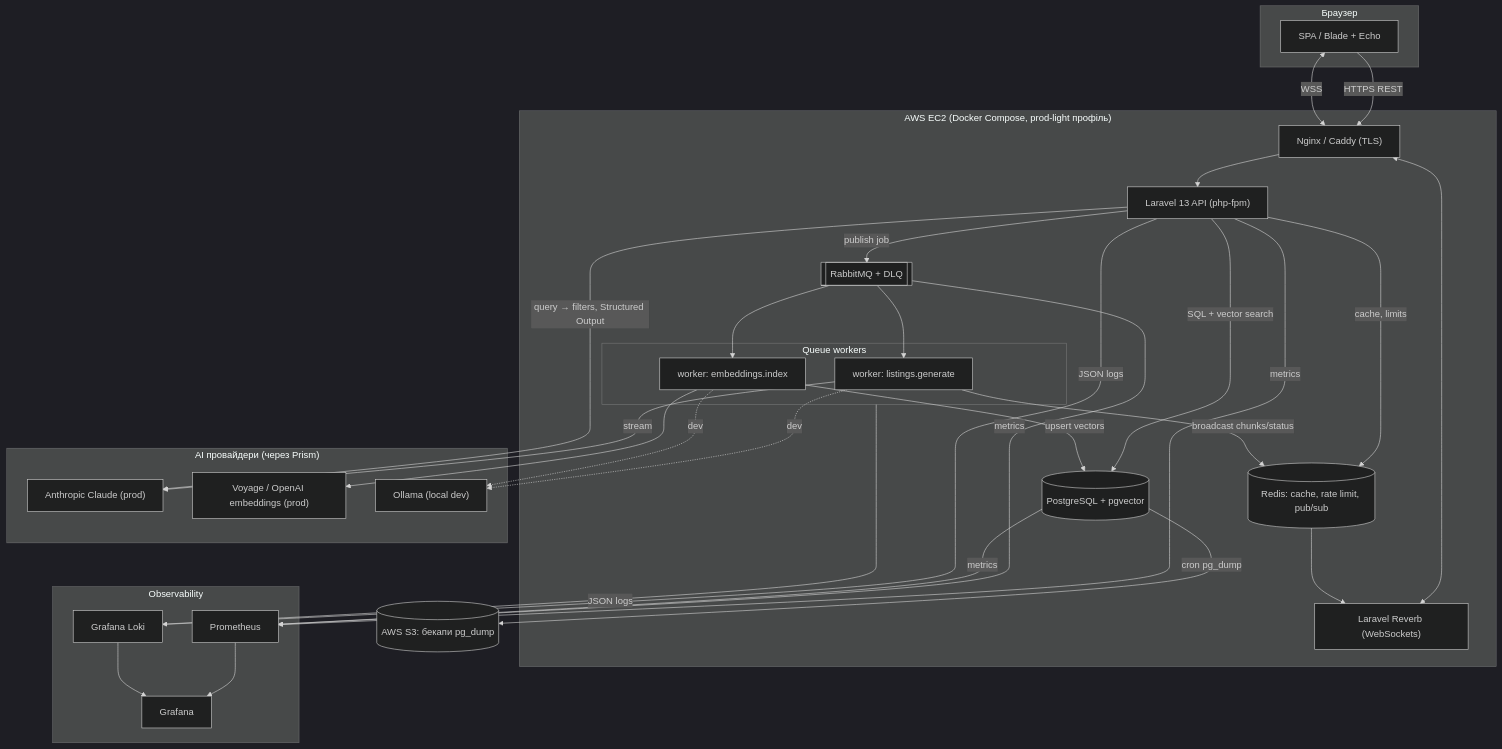
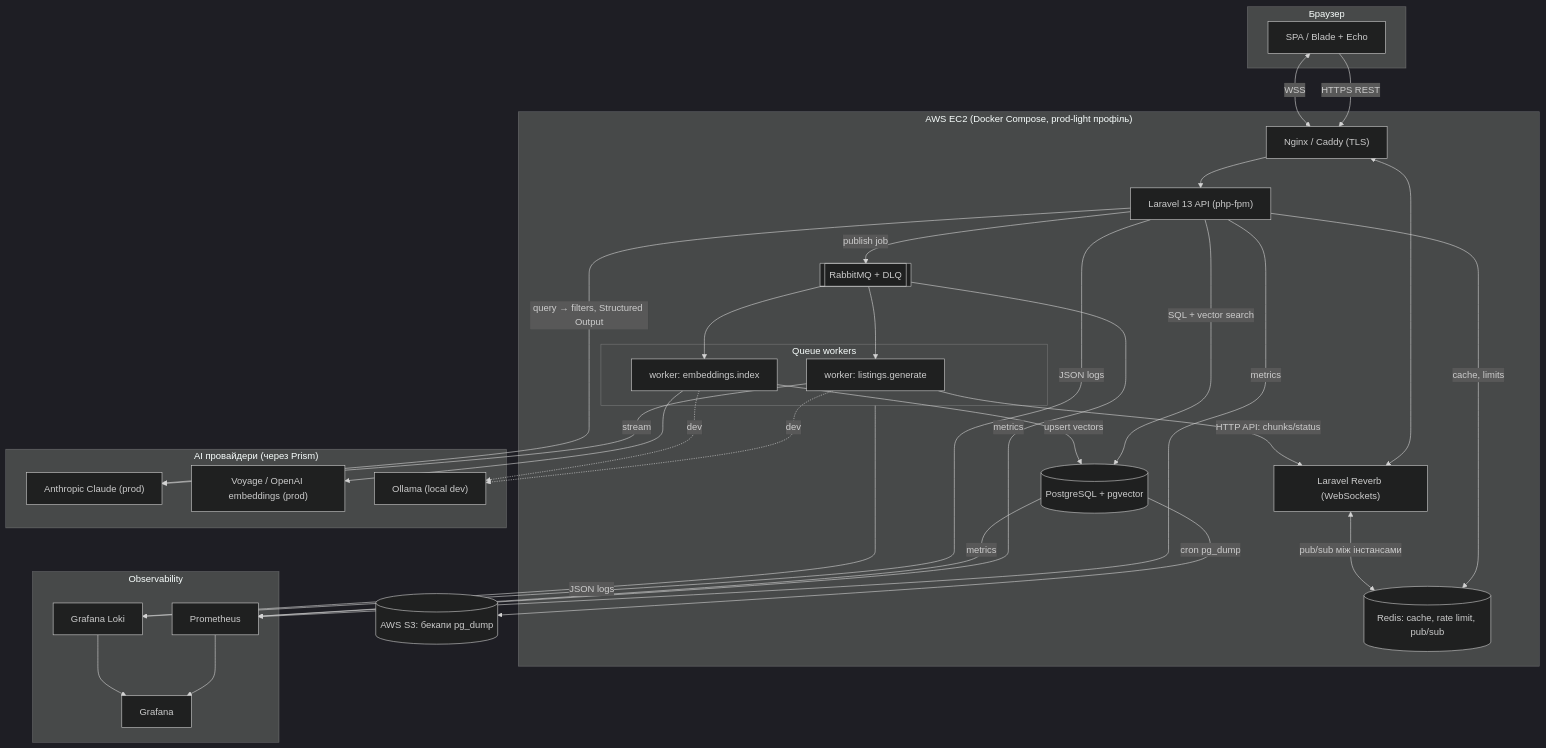
Before and after one commit to Vitaliy070516/dwellio: the diagram in docs/architecture.md, drawn with Mermaid (dark theme). The commit also changed other lines of this file and 46 other files, not shown here.

````diff
--- a/docs/architecture.md
+++ b/docs/architecture.md
@@ -21,50 +21,51 @@
 ```mermaid
 flowchart TB
    subgraph Client["Браузер"]
        UI["SPA / Blade + Echo"]
    end
  
    subgraph EC2["AWS EC2 (Docker Compose, prod-light профіль)"]
        NGINX["Nginx / Caddy (TLS)"]
        API["Laravel 13 API (php-fpm)"]
        REVERB["Laravel Reverb (WebSockets)"]
        subgraph Workers["Queue workers"]
            WGEN["worker: listings.generate"]
            WEMB["worker: embeddings.index"]
        end
        PG[("PostgreSQL + pgvector")]
        REDIS[("Redis: cache, rate limit, pub/sub")]
        RMQ[["RabbitMQ + DLQ"]]
    end
  
    subgraph AI["AI провайдери (через Prism)"]
        ANTH["Anthropic Claude (prod)"]
        EMB["Voyage / OpenAI embeddings (prod)"]
        OLLAMA["Ollama (local dev)"]
    end
  
    subgraph Obs["Observability"]
        PROM["Prometheus"]
        LOKI["Grafana Loki"]
        GRAF["Grafana"]
    end
  
    S3[("AWS S3: бекапи pg_dump")]
  
    UI -->|HTTPS REST| NGINX --> API
    UI <-->|WSS| NGINX <--> REVERB
    API -->|SQL + vector search| PG
    API -->|cache, limits| REDIS
    API -->|publish job| RMQ
    RMQ --> WGEN & WEMB
    WGEN -->|stream| ANTH
    WEMB --> EMB
    WGEN & WEMB -.dev.-> OLLAMA
-   WGEN -->|broadcast chunks/status| REDIS --> REVERB
+   WGEN -->|HTTP API: chunks/status| REVERB
+   REVERB <-->|pub/sub між інстансами| REDIS
    WEMB -->|upsert vectors| PG
    API -->|query → filters, Structured Output| ANTH
    PG -->|cron pg_dump| S3
    API & Workers -->|JSON logs| LOKI
    API & RMQ & PG -->|metrics| PROM
    PROM & LOKI --> GRAF
 ```
````
